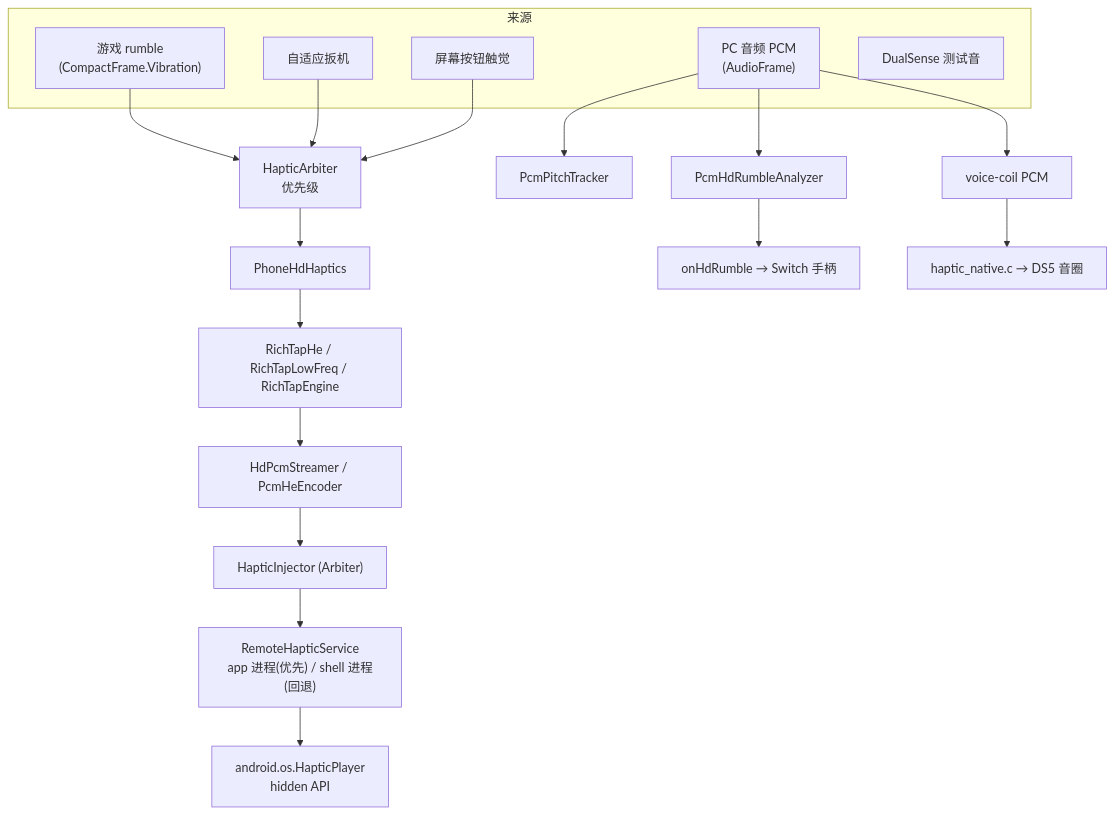
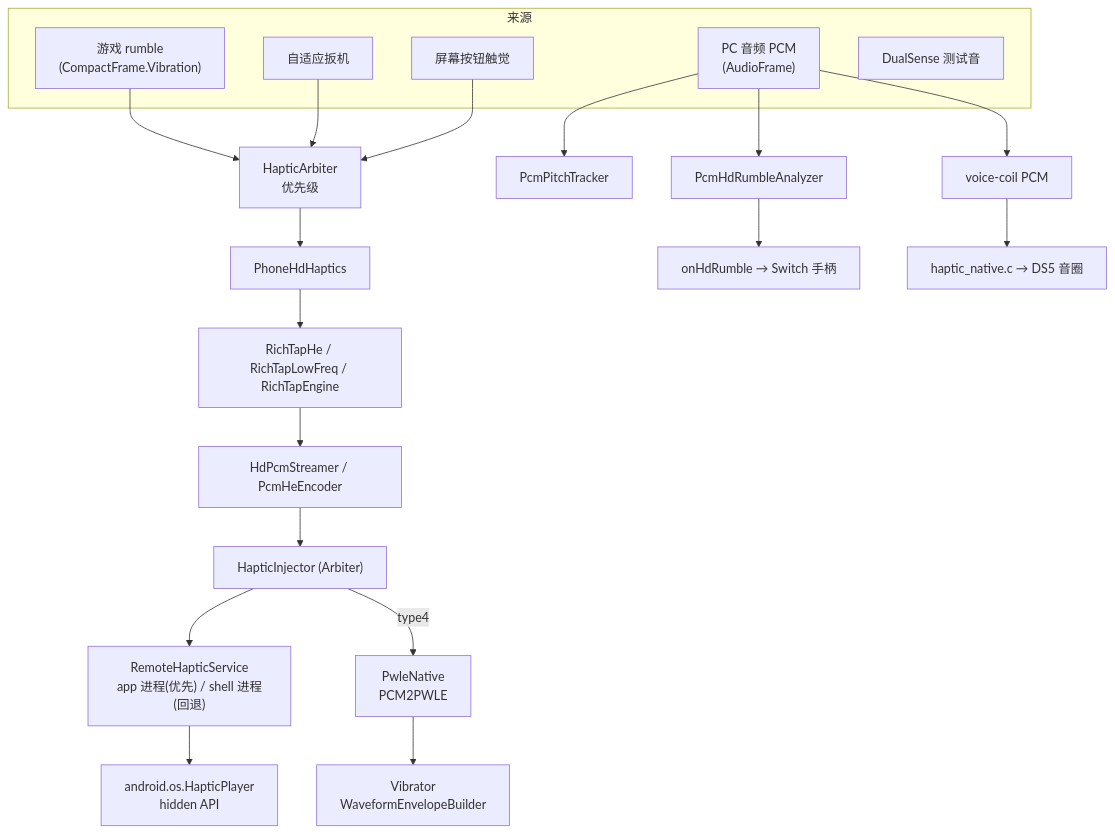
Before and after one commit to 4zyz4/GKME: the diagram in docs/haptic.md, drawn with Mermaid. The commit also changed other lines of this file and 34 other files, not shown here.

First line of the commit message:
feat(haptic): 新增 Android 16+ PWLE 包络震动（type4）

````diff
--- a/docs/haptic.md
+++ b/docs/haptic.md
@@ -22,27 +23,29 @@
 ```mermaid
 flowchart TB
     subgraph 来源
         RUM["游戏 rumble<br/>(CompactFrame.Vibration)"]
         AUD["PC 音频 PCM<br/>(AudioFrame)"]
         TRG["自适应扳机"]
         BTN["屏幕按钮触觉"]
         TONE["DualSense 测试音"]
     end
 
     RUM --> ARB["HapticArbiter<br/>优先级"]
     AUD --> PST["PcmPitchTracker"]
     TRG --> ARB
     BTN --> ARB
 
     ARB --> PHH["PhoneHdHaptics"]
     PHH --> HE["RichTapHe / RichTapLowFreq / RichTapEngine"]
     HE --> HDS["HdPcmStreamer / PcmHeEncoder"]
     HDS --> INJ["HapticInjector (Arbiter)"]
     INJ --> RHS["RemoteHapticService<br/>app 进程(优先) / shell 进程(回退)"]
     RHS --> HW["android.os.HapticPlayer<br/>hidden API"]
+    INJ -->|type4| PWLE["PwleNative<br/>PCM2PWLE"]
+    PWLE --> VB["Vibrator<br/>WaveformEnvelopeBuilder"]
 
     AUD --> ANA["PcmHdRumbleAnalyzer"]
     ANA --> HDR["onHdRumble → Switch 手柄"]
     AUD --> VCM["voice-coil PCM"]
     VCM --> NAT["haptic_native.c → DS5 音圈"]
 ```
````
